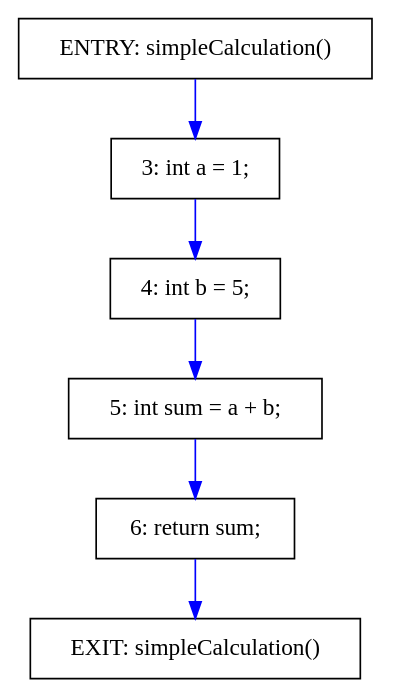
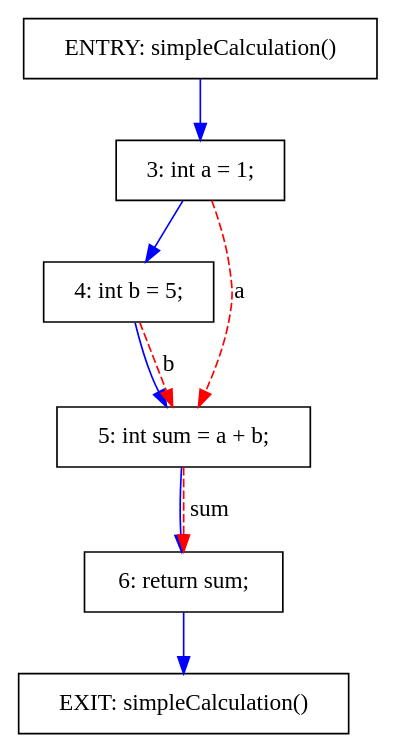
One commit to khaser/java-pdg changed the diagram in results/SimpleCalculation.dot. Above: the diagram before and after it, drawn with Graphviz. The commit also changed 19 other files, not shown here.

```diff
--- a/results/SimpleCalculation.dot
+++ b/results/SimpleCalculation.dot
@@ -1,17 +1,20 @@
 digraph PDG {
   rankdir=TB;
   node [shape=box];
 
   node0 [label="ENTRY: simpleCalculation()"];
   node1 [label="EXIT: simpleCalculation()"];
   node2 [label="3: int a = 1;"];
   node3 [label="4: int b = 5;"];
   node4 [label="5: int sum = a + b;"];
   node5 [label="6: return sum;"];
 
   node0 -> node2 [label="", color=blue];
   node2 -> node3 [label="", color=blue];
   node3 -> node4 [label="", color=blue];
   node4 -> node5 [label="", color=blue];
   node5 -> node1 [label="", color=blue];
+  node2 -> node4 [label="a", color=red, style=dashed];
+  node3 -> node4 [label="b", color=red, style=dashed];
+  node4 -> node5 [label="sum", color=red, style=dashed];
 }
```
